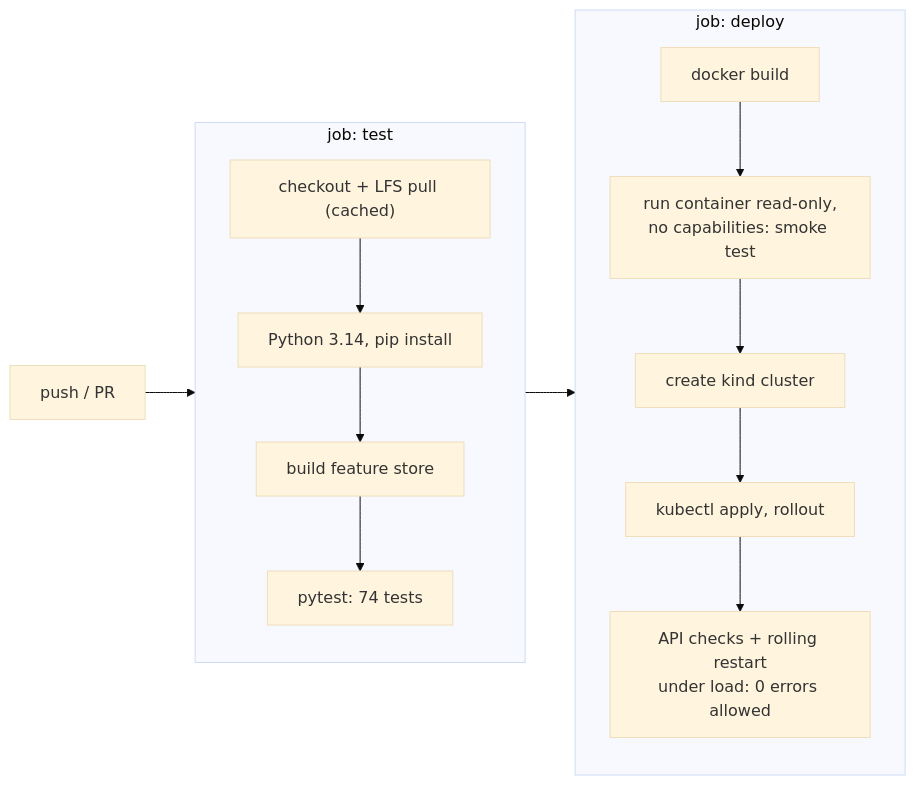
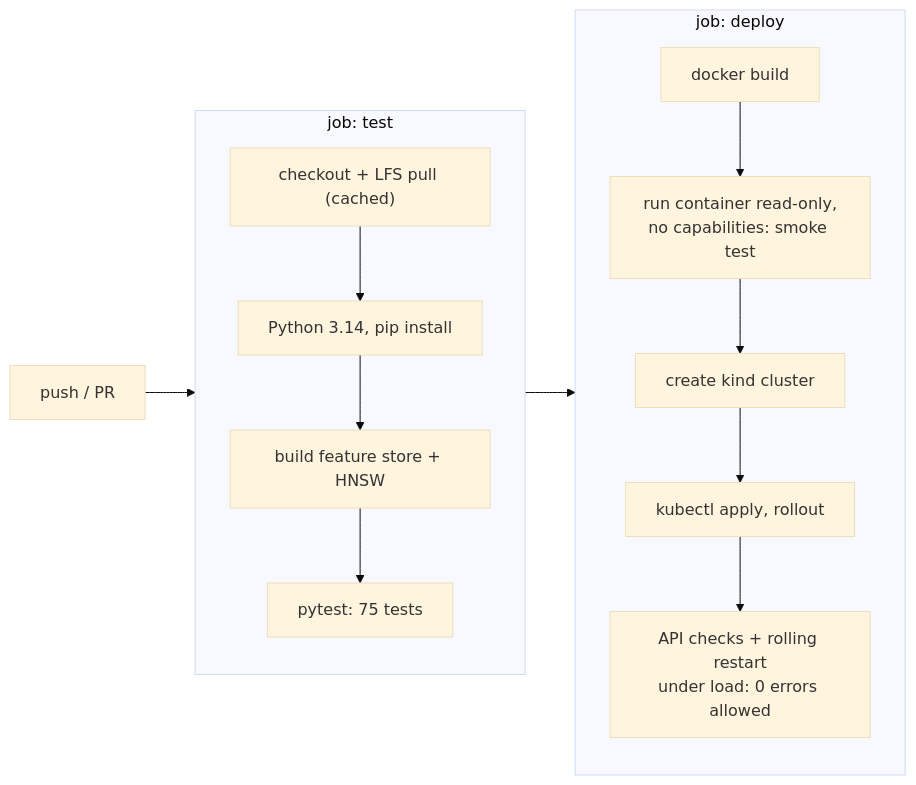
One commit to FairosMirza/sap-cxii-tech-ex-01_base changed the third of 3 diagrams in docs/REPORT.md. Above: the diagram before and after it, drawn with Mermaid (base theme). The commit also changed other lines of this file and 8 other files, not shown here.

First line of the commit message:
Build the HNSW index at image build time to fix pod restart loops

````diff
--- a/docs/REPORT.md
+++ b/docs/REPORT.md
@@ -134,13 +134,13 @@
 ```mermaid
 flowchart LR
   P["push / PR"] --> T
   subgraph T["job: test"]
     direction TB
-    T1["checkout + LFS pull (cached)"] --> T2["Python 3.14, pip install"] --> T3["build feature store"] --> T4["pytest: 74 tests"]
+    T1["checkout + LFS pull (cached)"] --> T2["Python 3.14, pip install"] --> T3["build feature store + HNSW"] --> T4["pytest: 75 tests"]
   end
   T --> D
   subgraph D["job: deploy"]
     direction TB
     D1["docker build"] --> D2["run container read-only,<br/>no capabilities: smoke test"] --> D3["create kind cluster"] --> D4["kubectl apply, rollout"] --> D5["API checks + rolling restart<br/>under load: 0 errors allowed"]
   end
 ```
````
